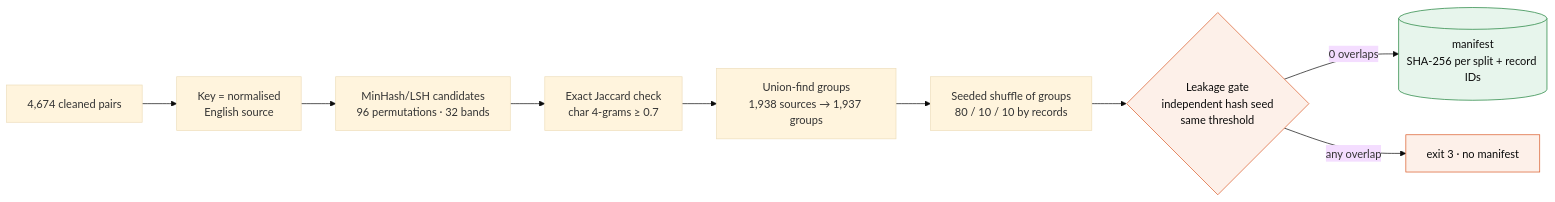
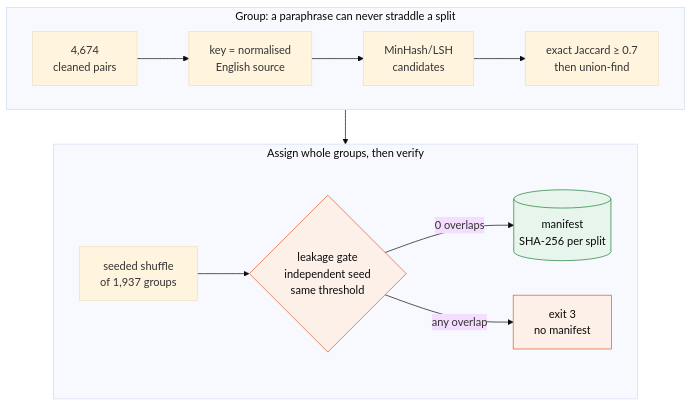
The third of 3 diagrams in README.md (298A-Team-2-Topic-23/Low-Resource-and-Code-Switched-Language-Systems), drawn with Mermaid (base theme) before and after one commit. The commit also changed other lines of this file, not shown here.

First line of the commit message:
README: redraw diagrams as stacked rows so GitHub renders them legibly

````diff
--- a/README.md
+++ b/README.md
@@ -237,15 +216,18 @@
 ```mermaid
-flowchart LR
-    A["4,674 cleaned pairs"] --> B["Key = normalised<br/>English source"]
-    B --> C["MinHash/LSH candidates<br/>96 permutations · 32 bands"]
-    C --> D["Exact Jaccard check<br/>char 4-grams ≥ 0.7"]
-    D --> E["Union-find groups<br/>1,938 sources → 1,937 groups"]
-    E --> F["Seeded shuffle of groups<br/>80 / 10 / 10 by records"]
-    F --> G{"Leakage gate<br/>independent hash seed<br/>same threshold"}
-    G -- "0 overlaps" --> H[("manifest<br/>SHA-256 per split + record IDs")]
-    G -- "any overlap" --> X["exit 3 · no manifest"]
+flowchart TB
+    subgraph G["Group: a paraphrase can never straddle a split"]
+        direction LR
+        A["4,674<br/>cleaned pairs"] --> B["key = normalised<br/>English source"] --> C["MinHash/LSH<br/>candidates"] --> D["exact Jaccard ≥ 0.7<br/>then union-find"]
+    end
+    subgraph S["Assign whole groups, then verify"]
+        direction LR
+        F["seeded shuffle<br/>of 1,937 groups"] --> GT{"leakage gate<br/>independent seed<br/>same threshold"}
+        GT -- "0 overlaps" --> H[("manifest<br/>SHA-256 per split")]
+        GT -- "any overlap" --> X["exit 3<br/>no manifest"]
+    end
+    G --> S
     classDef gate fill:#fdf0e9,stroke:#d95926,color:#0b0b0b
     classDef ok fill:#e7f5ec,stroke:#1a7f37,color:#0b0b0b
-    class G,X gate
+    class GT,X gate
     class H ok
 ```
````
